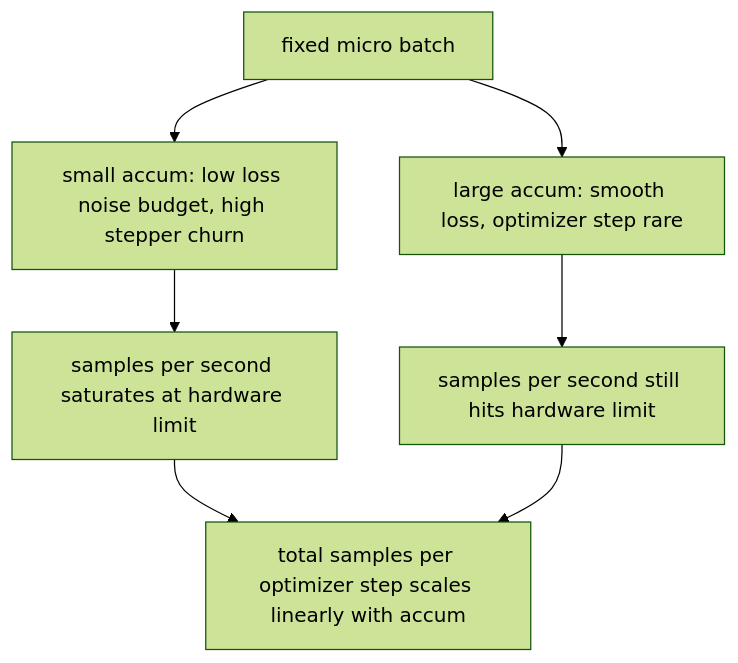
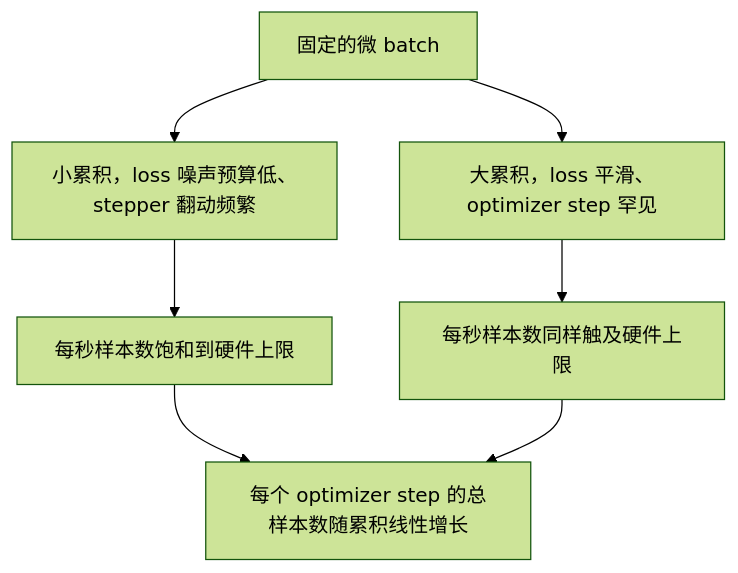
The second of 2 diagrams in phases/19-capstone-projects/46-gradient-accumulation/docs/zh.md (JerryC8080/ai-engineering-from-scratch-zh), drawn with Mermaid (forest theme) before and after one commit. The commit also changed other lines of this file and 156 other files, not shown here.

First line of the commit message:
i18n(zh): translate mermaid diagram labels in 157 lesson zh.md

````diff
--- a/phases/19-capstone-projects/46-gradient-accumulation/docs/zh.md
+++ b/phases/19-capstone-projects/46-gradient-accumulation/docs/zh.md
@@ -68,9 +68,9 @@
 ```mermaid
 flowchart TD
-  micro[fixed micro batch] --> small[small accum: low loss noise budget, high stepper churn]
-  micro --> large[large accum: smooth loss, optimizer step rare]
-  small --> sps1[samples per second saturates at hardware limit]
-  large --> sps2[samples per second still hits hardware limit]
-  sps1 --> note[total samples per optimizer step scales linearly with accum]
+  micro[固定的微 batch] --> small[小累积，loss 噪声预算低、stepper 翻动频繁]
+  micro --> large[大累积，loss 平滑、optimizer step 罕见]
+  small --> sps1[每秒样本数饱和到硬件上限]
+  large --> sps2[每秒样本数同样触及硬件上限]
+  sps1 --> note[每个 optimizer step 的总样本数随累积线性增长]
   sps2 --> note
 ```
````
